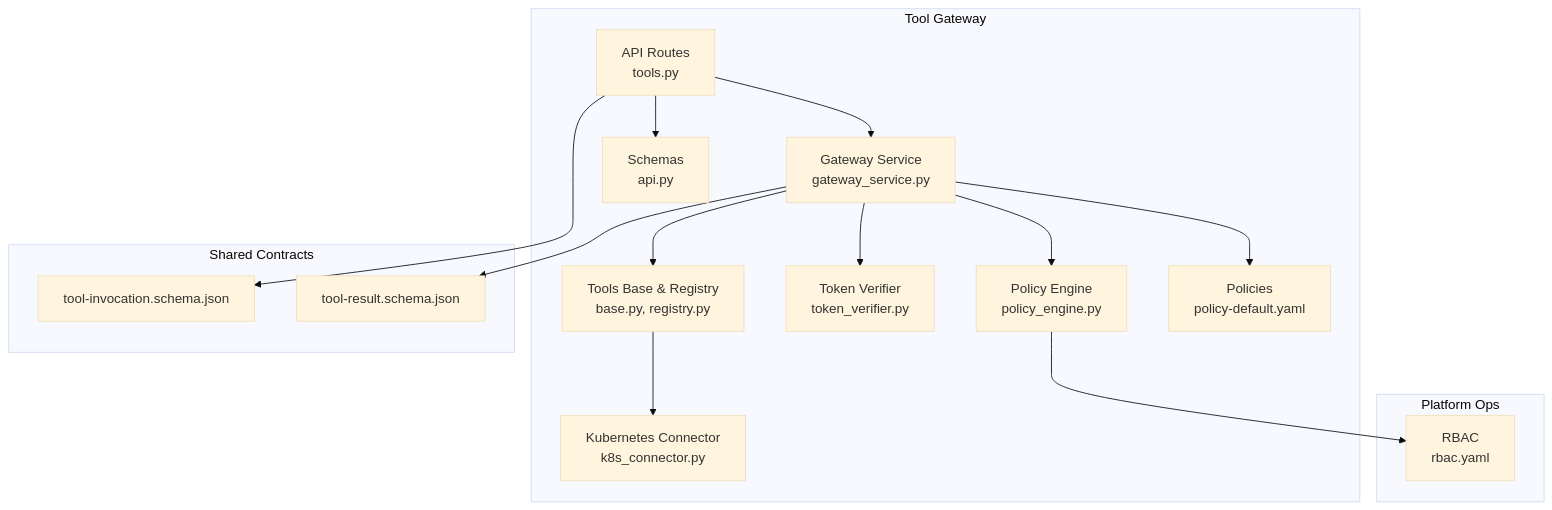
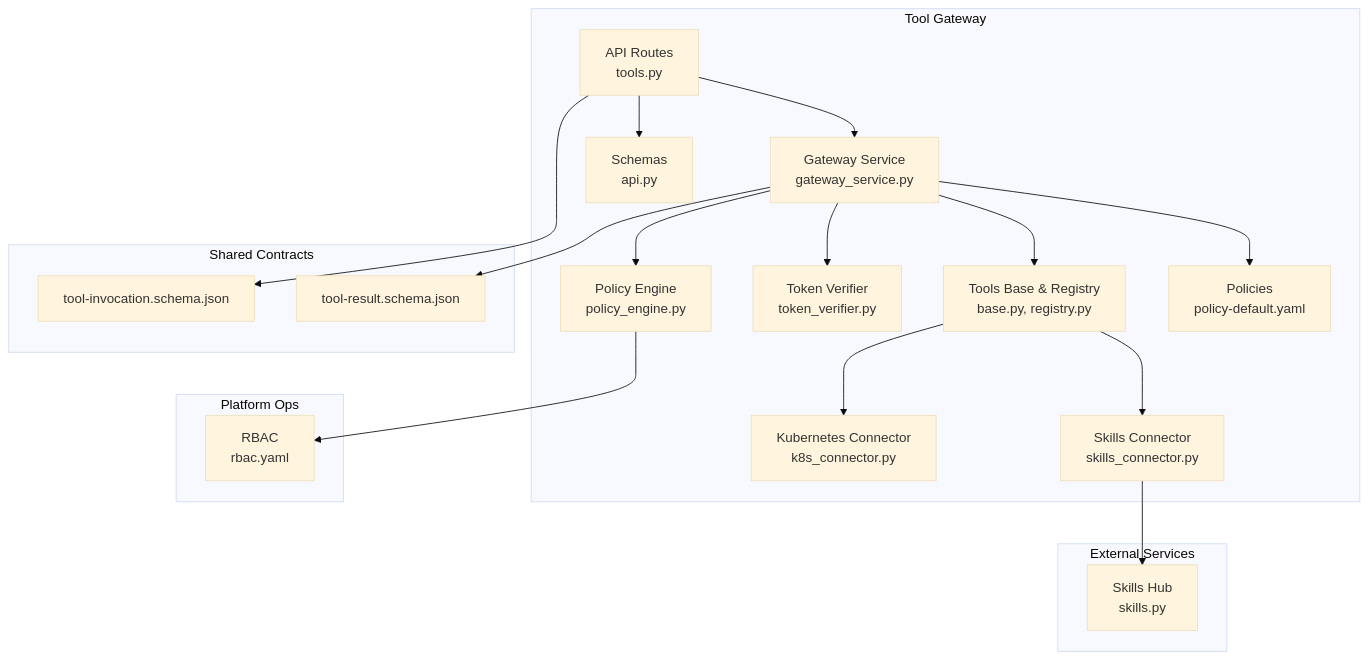
The first of 6 diagrams in .qoder/repowiki/en/content/Tool Gateway Service/API Endpoints and Authentication/Tools API.md (metasync/luban-aiops), drawn with Mermaid (base theme) before and after one commit. The commit also changed other lines of this file and 64 other files, not shown here.

Commit message:
docs: refresh repowiki knowledge cache for SPEC-014 skills hub

````diff
--- a/.qoder/repowiki/en/content/Tool Gateway Service/API Endpoints and Authentication/Tools API.md
+++ b/.qoder/repowiki/en/content/Tool Gateway Service/API Endpoints and Authentication/Tools API.md
@@ -46,30 +60,36 @@
 ```mermaid
 graph TB
 subgraph "Tool Gateway"
 A["API Routes<br/>tools.py"]
 B["Gateway Service<br/>gateway_service.py"]
 C["Policy Engine<br/>policy_engine.py"]
 D["Token Verifier<br/>token_verifier.py"]
 E["Tools Base & Registry<br/>base.py, registry.py"]
 F["Kubernetes Connector<br/>k8s_connector.py"]
-G["Schemas<br/>api.py"]
-H["Policies<br/>policy-default.yaml"]
+G["Skills Connector<br/>skills_connector.py"]
+H["Schemas<br/>api.py"]
+I["Policies<br/>policy-default.yaml"]
+end
+subgraph "External Services"
+J["Skills Hub<br/>skills.py"]
 end
 subgraph "Shared Contracts"
-I["tool-invocation.schema.json"]
-J["tool-result.schema.json"]
+K["tool-invocation.schema.json"]
+L["tool-result.schema.json"]
 end
 subgraph "Platform Ops"
-K["RBAC<br/>rbac.yaml"]
+M["RBAC<br/>rbac.yaml"]
 end
 A --> B
 B --> C
 B --> D
 B --> E
 E --> F
-A --> G
-B --> H
-A --> I
-B --> J
-C --> K
+E --> G
+G --> J
+A --> H
+B --> I
+A --> K
+B --> L
+C --> M
 ```
````
